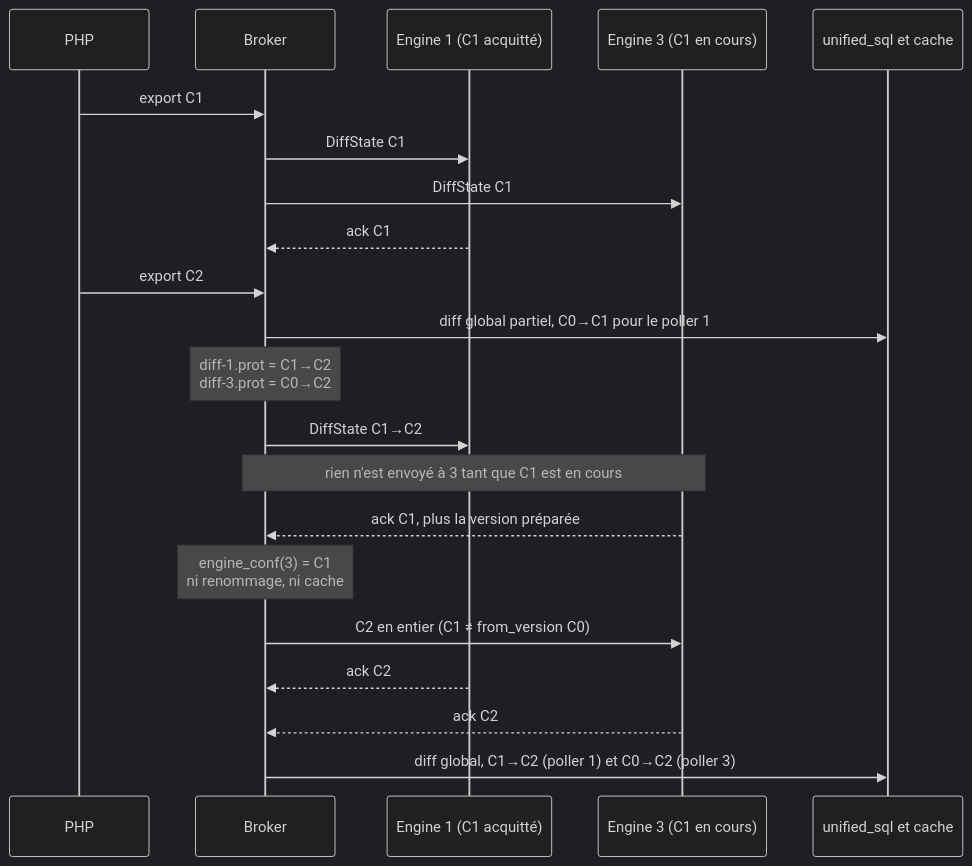
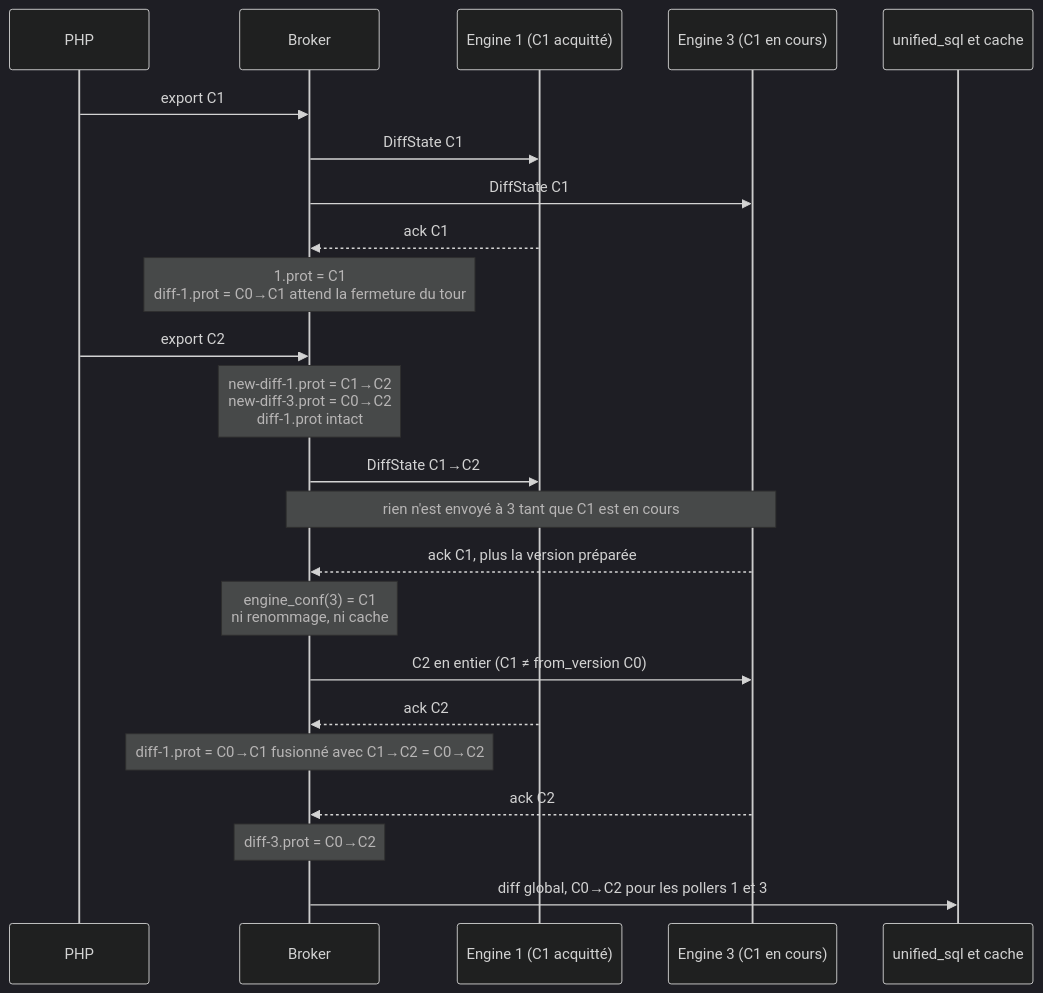
The second of 13 diagrams in doc/nego-engine-broker/02-configuration-delivery-fr.md (centreon/centreon-collect), drawn with Mermaid (dark theme) before and after one commit. The commit also changed other lines of this file and 7 other files, not shown here.

````diff
--- a/doc/nego-engine-broker/02-configuration-delivery-fr.md
+++ b/doc/nego-engine-broker/02-configuration-delivery-fr.md
@@ -235,24 +214,26 @@
 ```mermaid
 sequenceDiagram
     participant PHP
     participant B as Broker
     participant E1 as Engine 1 (C1 acquitté)
     participant E3 as Engine 3 (C1 en cours)
     participant DB as unified_sql et cache
 
     PHP ->> B: export C1
     B ->> E1: DiffState C1
     B ->> E3: DiffState C1
     E1 -->> B: ack C1
+    Note over B: 1.prot = C1<br/>diff-1.prot = C0→C1 attend la fermeture du tour
     PHP ->> B: export C2
-    B ->> DB: diff global partiel, C0→C1 pour le poller 1
-    Note over B: diff-1.prot = C1→C2<br/>diff-3.prot = C0→C2
+    Note over B: new-diff-1.prot = C1→C2<br/>new-diff-3.prot = C0→C2<br/>diff-1.prot intact
     B ->> E1: DiffState C1→C2
     Note over B,E3: rien n'est envoyé à 3 tant que C1 est en cours
     E3 -->> B: ack C1, plus la version préparée
     Note over B: engine_conf(3) = C1<br/>ni renommage, ni cache
     B ->> E3: C2 en entier (C1 ≠ from_version C0)
     E1 -->> B: ack C2
+    Note over B: diff-1.prot = C0→C1 fusionné avec C1→C2 = C0→C2
     E3 -->> B: ack C2
-    B ->> DB: diff global, C1→C2 (poller 1) et C0→C2 (poller 3)
+    Note over B: diff-3.prot = C0→C2
+    B ->> DB: diff global, C0→C2 pour les pollers 1 et 3
 ```
````
